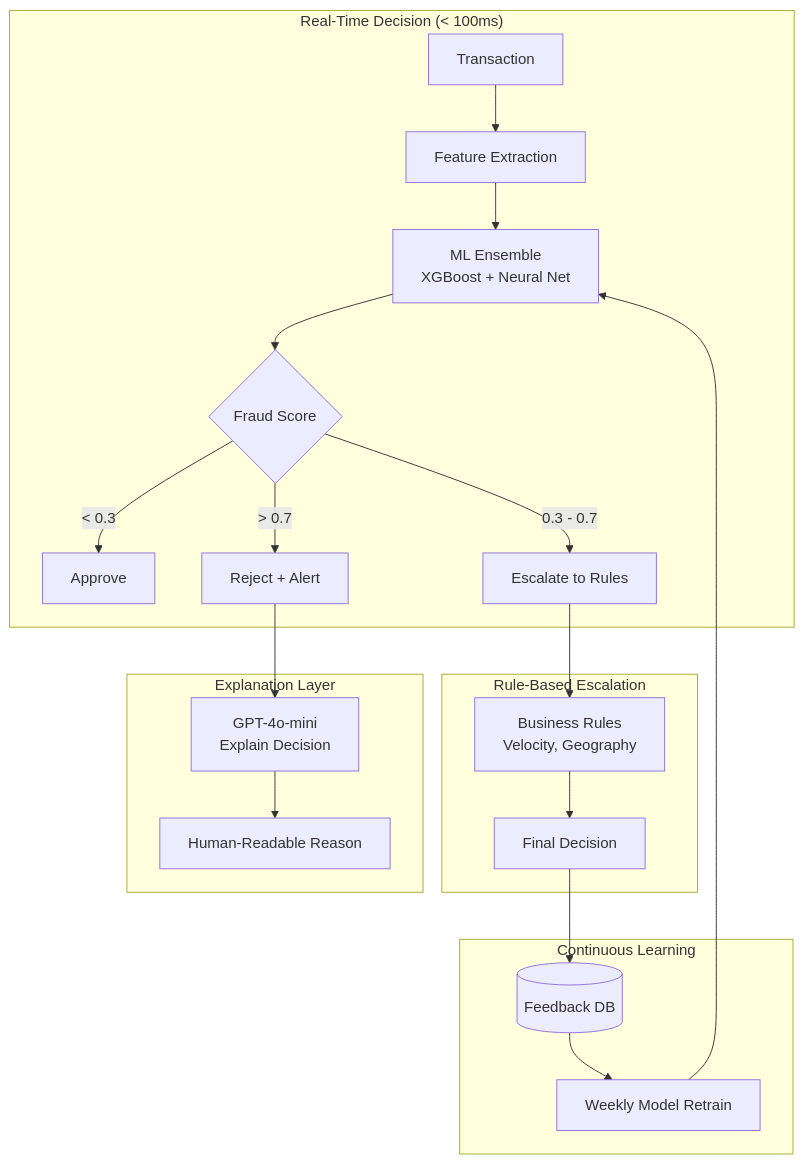
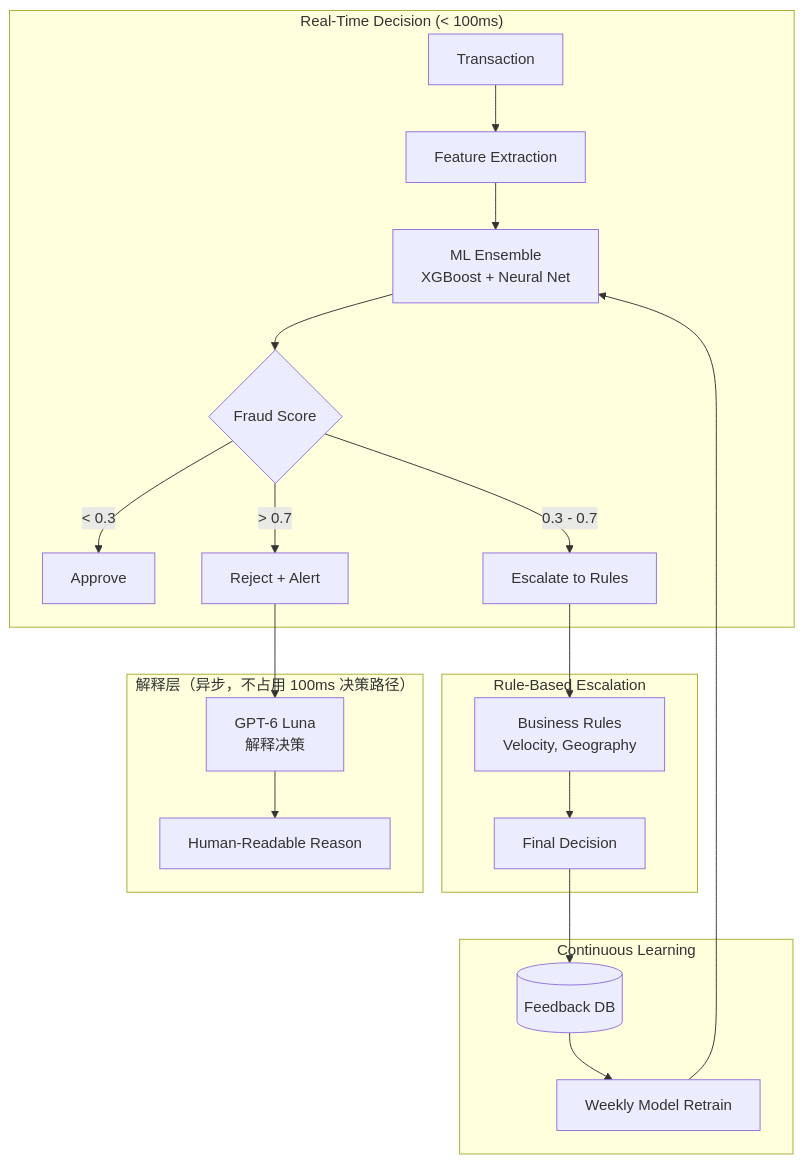
Before and after one commit to ChiHoc/ai-system-design-guide-zh: the first of 3 diagrams in 16-case-studies/14-fraud-detection.md, drawn with Mermaid. The commit also changed other lines of this file and 149 other files, not shown here.

````diff
--- a/16-case-studies/14-fraud-detection.md
+++ b/16-case-studies/14-fraud-detection.md
@@ -24,27 +24,27 @@
 ```mermaid
 flowchart TB
     subgraph Realtime["Real-Time Decision (< 100ms)"]
         TXN[Transaction] --> FEATURES[Feature Extraction]
         FEATURES --> ML[ML Ensemble<br/>XGBoost + Neural Net]
         ML --> SCORE{Fraud Score}
         SCORE -->|< 0.3| APPROVE[Approve]
         SCORE -->|0.3 - 0.7| ESCALATE[Escalate to Rules]
         SCORE -->|> 0.7| REJECT[Reject + Alert]
     end
 
     subgraph Rules["Rule-Based Escalation"]
         ESCALATE --> RULES[Business Rules<br/>Velocity, Geography]
         RULES --> DECISION[Final Decision]
     end
 
-    subgraph Explain["Explanation Layer"]
-        REJECT --> LLM[GPT-4o-mini<br/>Explain Decision]
+    subgraph Explain["解释层（异步，不占用 100ms 决策路径）"]
+        REJECT --> LLM[GPT-6 Luna<br/>解释决策]
         LLM --> REASON[Human-Readable Reason]
     end
 
     subgraph Learn["Continuous Learning"]
         DECISION --> FEEDBACK[(Feedback DB)]
         FEEDBACK --> RETRAIN[Weekly Model Retrain]
         RETRAIN --> ML
     end
 ```
````
